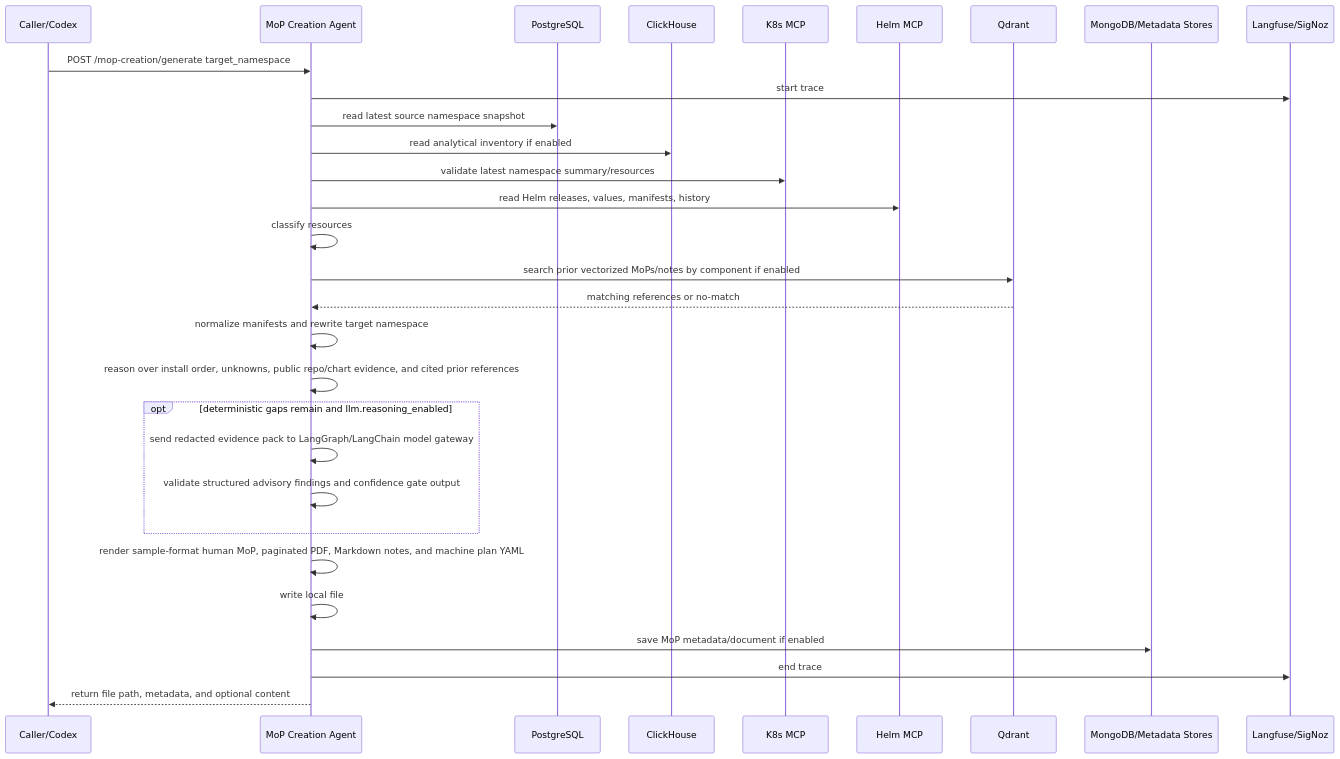
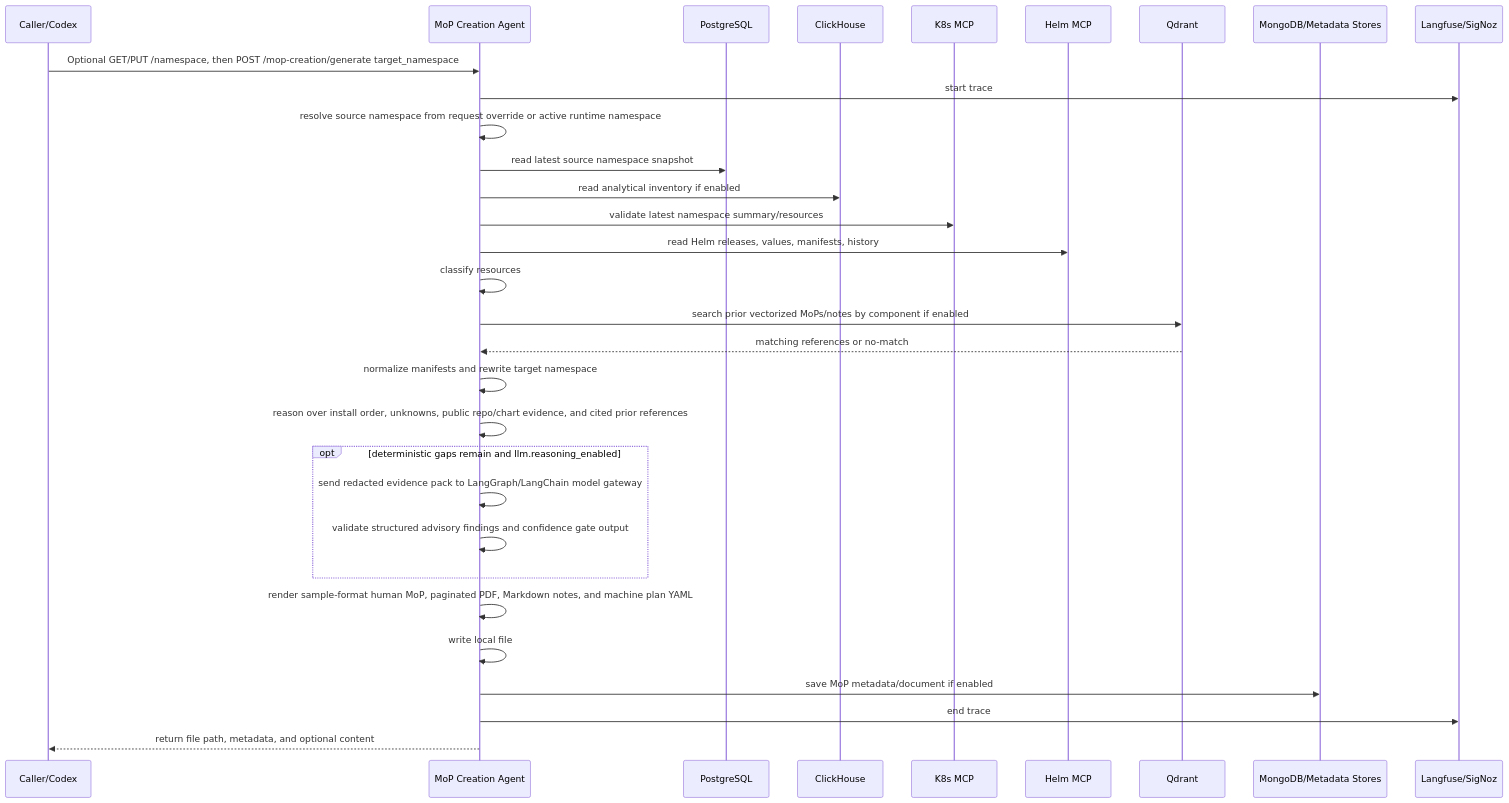
One commit to aveeshek/bosgenesis-mop-creation-agent changed the second of 5 diagrams in docs/02_HLD_MOP_CREATION_AGENT.md. Above: the diagram before and after it, drawn with Mermaid. The commit also changed other lines of this file and 17 other files, not shown here.

Commit message:
Implement phase 10.1 runtime namespace APIs

````diff
--- a/docs/02_HLD_MOP_CREATION_AGENT.md
+++ b/docs/02_HLD_MOP_CREATION_AGENT.md
@@ -80,33 +83,34 @@
 ```mermaid
 sequenceDiagram
     participant C as Caller/Codex
     participant A as MoP Creation Agent
     participant PG as PostgreSQL
     participant CH as ClickHouse
     participant K as K8s MCP
     participant H as Helm MCP
     participant Q as Qdrant
     participant M as MongoDB/Metadata Stores
     participant O as Langfuse/SigNoz
 
-    C->>A: POST /mop-creation/generate target_namespace
+    C->>A: Optional GET/PUT /namespace, then POST /mop-creation/generate target_namespace
     A->>O: start trace
+    A->>A: resolve source namespace from request override or active runtime namespace
     A->>PG: read latest source namespace snapshot
     A->>CH: read analytical inventory if enabled
     A->>K: validate latest namespace summary/resources
     A->>H: read Helm releases, values, manifests, history
     A->>A: classify resources
     A->>Q: search prior vectorized MoPs/notes by component if enabled
     Q-->>A: matching references or no-match
     A->>A: normalize manifests and rewrite target namespace
     A->>A: reason over install order, unknowns, public repo/chart evidence, and cited prior references
     opt deterministic gaps remain and llm.reasoning_enabled
         A->>A: send redacted evidence pack to LangGraph/LangChain model gateway
         A->>A: validate structured advisory findings and confidence gate output
     end
     A->>A: render sample-format human MoP, paginated PDF, Markdown notes, and machine plan YAML
     A->>A: write local file
     A->>M: save MoP metadata/document if enabled
     A->>O: end trace
     A-->>C: return file path, metadata, and optional content
 ```
````
